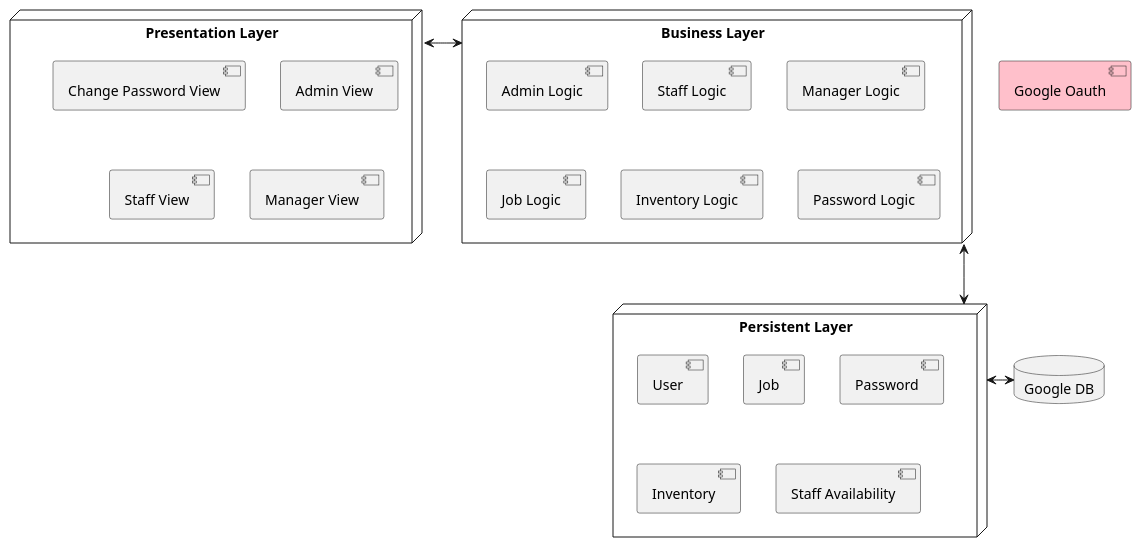
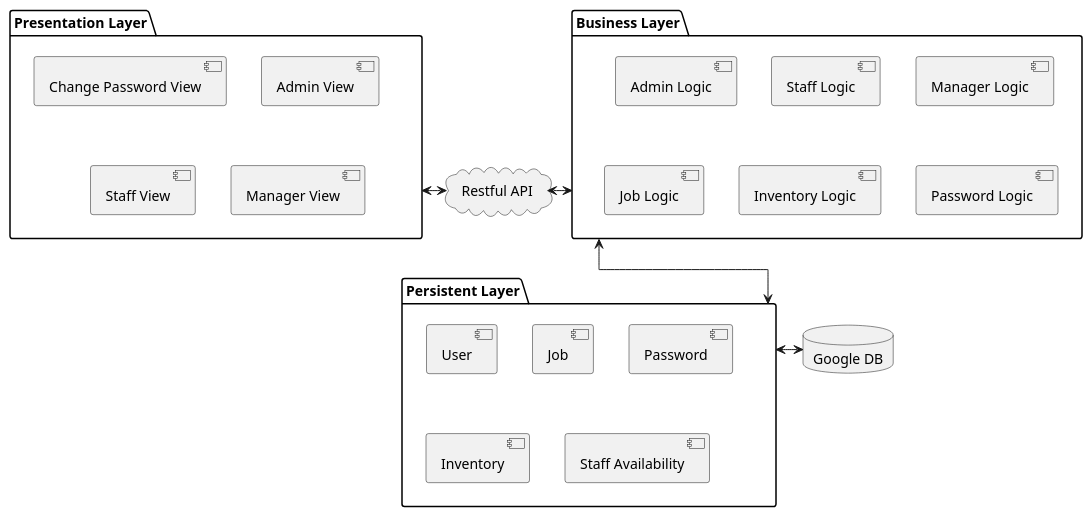
The diagram in 2101/M2Architechture.plantuml (tryhardlaijun/Y2Trim1SoftEngPlantUml), drawn with PlantUML before and after one commit. The commit also changed 1 other file, not shown here.

Commit message:
PlantUML For m2

```diff
--- a/2101/M2Architechture.plantuml
+++ b/2101/M2Architechture.plantuml
@@ -1,47 +1,48 @@
 @startuml
 skinparam classAttributeIconSize 0
 skinparam linetype ortho
 top to bottom direction
 
 
 'Declaring things
-[Google Oauth] as Google #Pink
 database "Google DB" as db
 
 
-node  "Presentation Layer"  as Presentation{
+package  "Presentation Layer"  as Presentation{
   [Change Password View] as PasswordView
   [Admin View] as AdminView
   [Staff View] as StaffView
   [Manager View] as ManagerView
 
 }
 
-node  "Business Layer" as Business {
+package  "Business Layer" as Business {
   [Admin Logic] as AdminLogic
   [Staff Logic] as StaffLogic
   [Manager Logic] as ManagerLogic
   [Job Logic] as JobLogic
   [Inventory Logic] as InventoryLogic
   [Password Logic] as PasswordLogic
 
 }
 
-node "Persistent Layer" as Persistent {
+package "Persistent Layer" as Persistent {
   [User] as User
   [Job] as Job
   [Password] as Password
   [Inventory] as Inventory
   [Staff Availability] as StaffAvailability
 
 }
 
+cloud "Restful API" as RestfulAPI{
+}
 
 
-
-Presentation <->  Business
-Business <---->  Persistent
+Presentation <-d-> RestfulAPI
+Business <-d->  RestfulAPI
+Business <--->  Persistent
 
 Persistent <-> db
 
 @enduml
```
